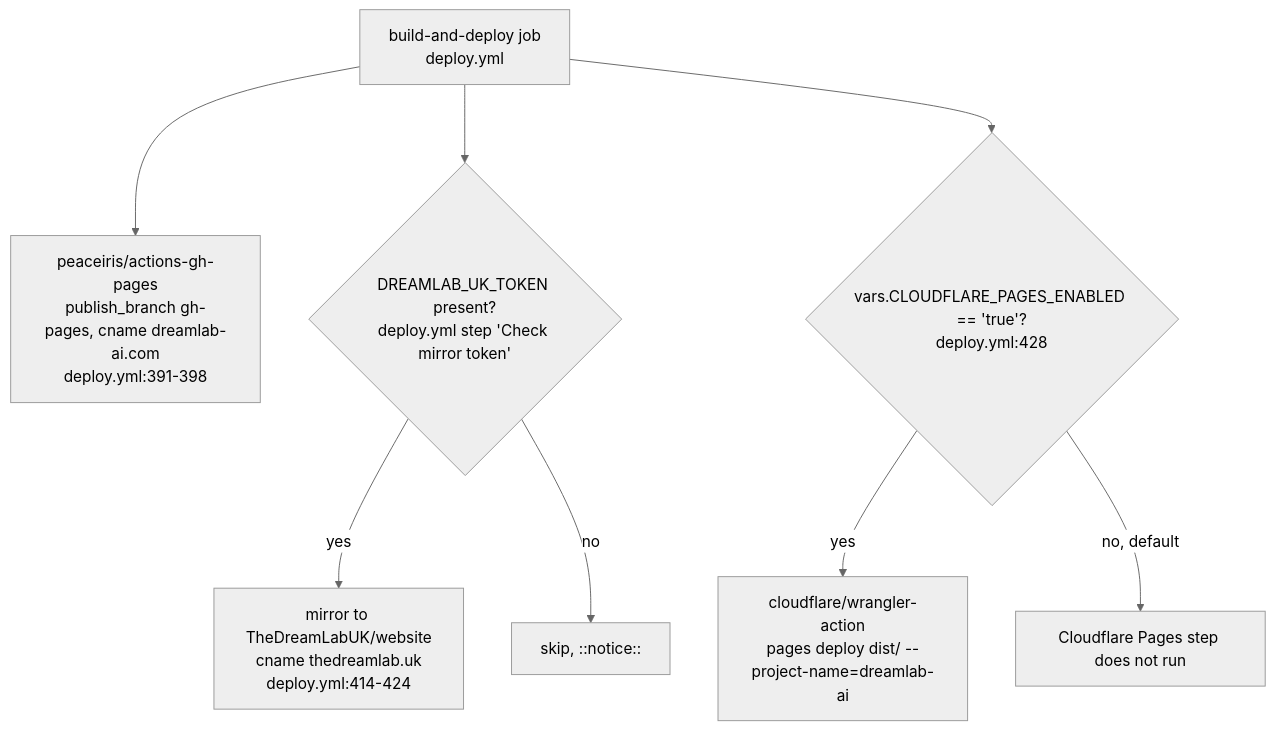
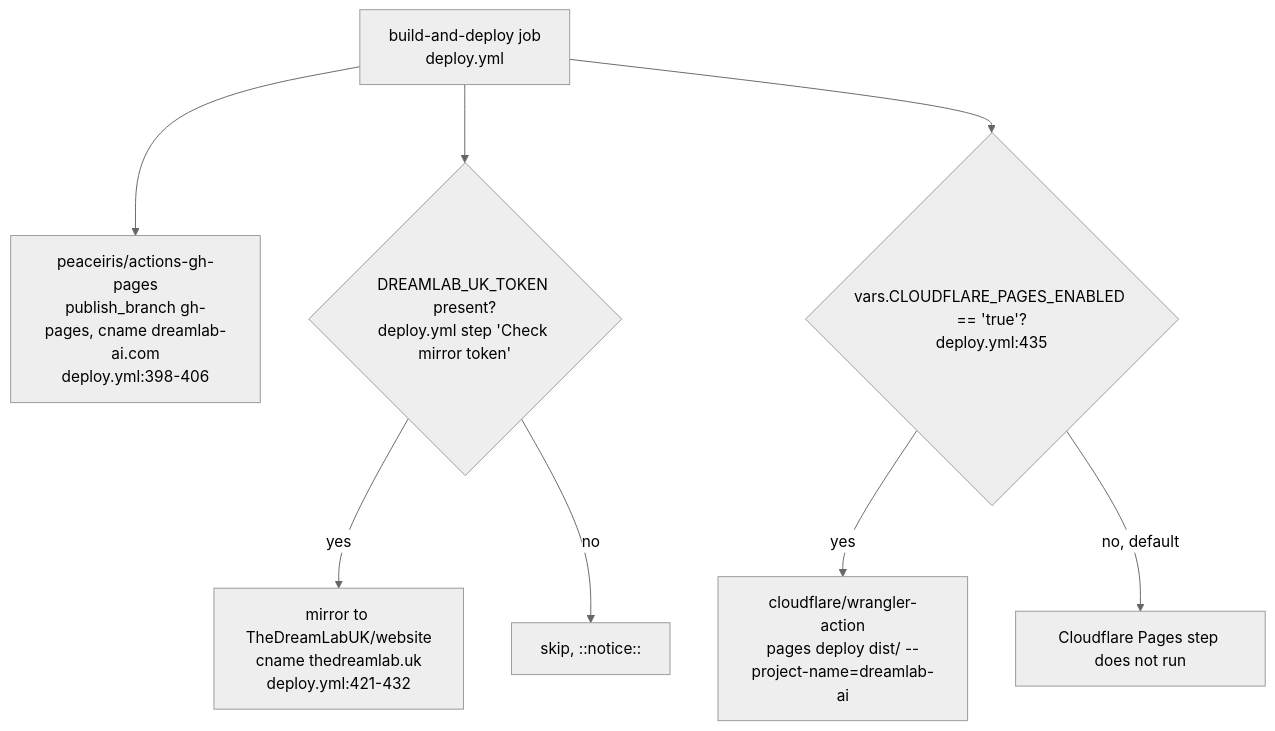
Before and after one commit to DreamLab-AI/VisionFlow: the third of 7 diagrams in docs/diagrams/dreamlab-ai-website/01-repo-composition-and-deploy-topology.md, drawn with Mermaid (neutral theme). The commit also changed other lines of this file and 80 other files, not shown here.

First line of the commit message:
docs(diagrams): re-verify the agentbox, dreamlab, estate and visionflow corpus against current sources

````diff
--- a/docs/diagrams/dreamlab-ai-website/01-repo-composition-and-deploy-topology.md
+++ b/docs/diagrams/dreamlab-ai-website/01-repo-composition-and-deploy-topology.md
@@ -51,10 +51,10 @@
 ```mermaid
 flowchart TB
-    BUILD["build-and-deploy job<br/>deploy.yml"] --> GHPAGES["peaceiris/actions-gh-pages<br/>publish_branch gh-pages, cname dreamlab-ai.com<br/>deploy.yml:391-398"]
+    BUILD["build-and-deploy job<br/>deploy.yml"] --> GHPAGES["peaceiris/actions-gh-pages<br/>publish_branch gh-pages, cname dreamlab-ai.com<br/>deploy.yml:398-406"]
     BUILD --> MIRROR{"DREAMLAB_UK_TOKEN present?<br/>deploy.yml step 'Check mirror token'"}
-    MIRROR -->|yes| MIRRORDEPLOY["mirror to TheDreamLabUK/website<br/>cname thedreamlab.uk<br/>deploy.yml:414-424"]
+    MIRROR -->|yes| MIRRORDEPLOY["mirror to TheDreamLabUK/website<br/>cname thedreamlab.uk<br/>deploy.yml:421-432"]
     MIRROR -->|no| SKIP["skip, ::notice::"]
-    BUILD --> CFGATE{"vars.CLOUDFLARE_PAGES_ENABLED == 'true'?<br/>deploy.yml:428"}
+    BUILD --> CFGATE{"vars.CLOUDFLARE_PAGES_ENABLED == 'true'?<br/>deploy.yml:435"}
     CFGATE -->|yes| CFPAGES["cloudflare/wrangler-action<br/>pages deploy dist/ --project-name=dreamlab-ai"]
     CFGATE -->|no, default| CFOFF["Cloudflare Pages step does not run"]
 ```
````
